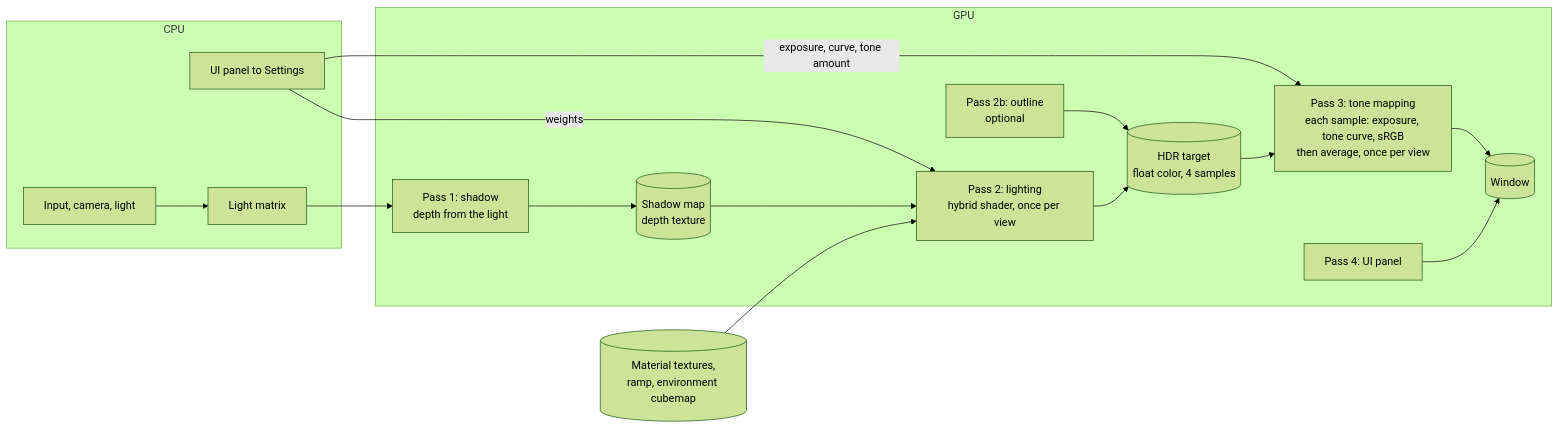
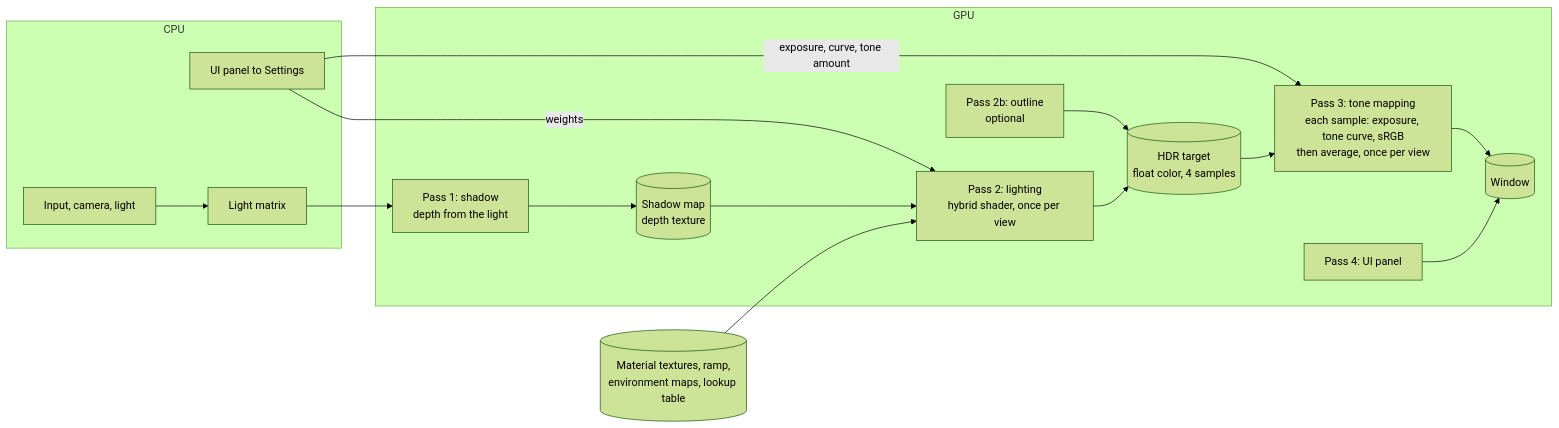
The second of 2 diagrams in docs/architecture.md (licurasj/hybrid-npr-pbr), drawn with Mermaid (forest theme) before and after one commit. The commit also changed other lines of this file and 35 other files, not shown here.

````diff
--- a/docs/architecture.md
+++ b/docs/architecture.md
@@ -107,31 +127,31 @@
 ```mermaid
 flowchart LR
   subgraph CPU
     input[Input, camera, light]
     panel[UI panel to Settings]
     lightmat[Light matrix]
   end
 
   subgraph GPU
     shadow[Pass 1: shadow<br/>depth from the light]
     smap[(Shadow map<br/>depth texture)]
     lighting[Pass 2: lighting<br/>hybrid shader, once per view]
     outline[Pass 2b: outline<br/>optional]
     hdr[(HDR target<br/>float color, 4 samples)]
     tonemap[Pass 3: tone mapping<br/>each sample: exposure, tone curve, sRGB<br/>then average, once per view]
     screen[(Window)]
     imgui[Pass 4: UI panel]
   end
 
-  textures[(Material textures,<br/>ramp, environment cubemap)]
+  textures[(Material textures, ramp,<br/>environment maps, lookup table)]
 
   input --> lightmat --> shadow
   shadow --> smap --> lighting
   textures --> lighting
   panel -->|weights| lighting
   panel -->|exposure, curve, tone amount| tonemap
   lighting --> hdr
   outline --> hdr
   hdr --> tonemap --> screen
   imgui --> screen
 ```
````
